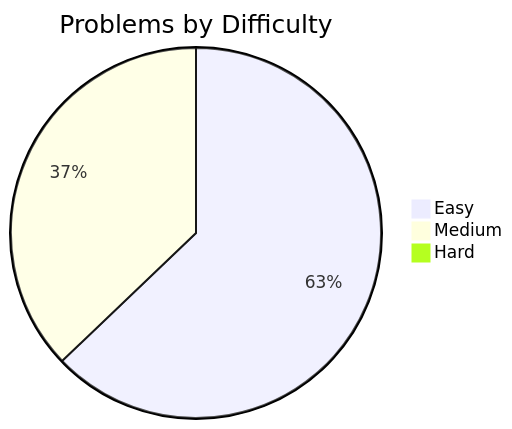
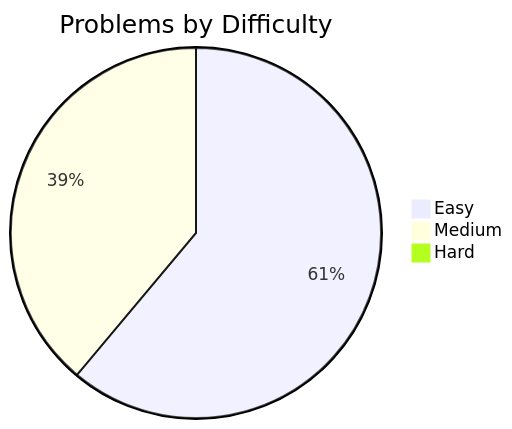
Before and after one commit to Jasjeet-Singh-S/100-days-DSA: the diagram in readme.md, drawn with Mermaid. The commit also changed other lines of this file and 2 other files, not shown here.

````diff
--- a/readme.md
+++ b/readme.md
@@ -19,6 +19,6 @@
 ```mermaid
 pie title Problems by Difficulty
     "Easy" : 22
-    "Medium" : 13
+    "Medium" : 14
     "Hard" : 0
 ```
````
